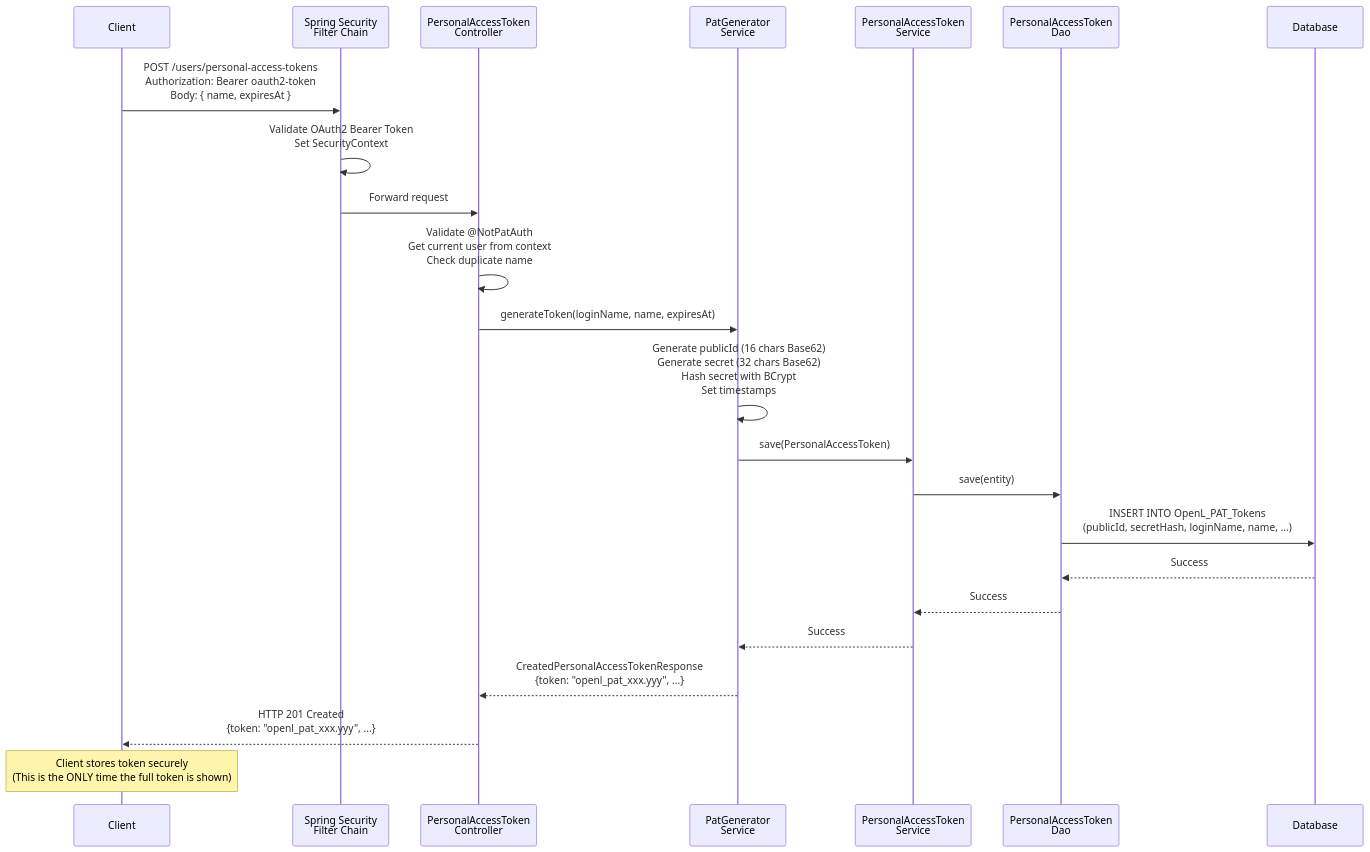
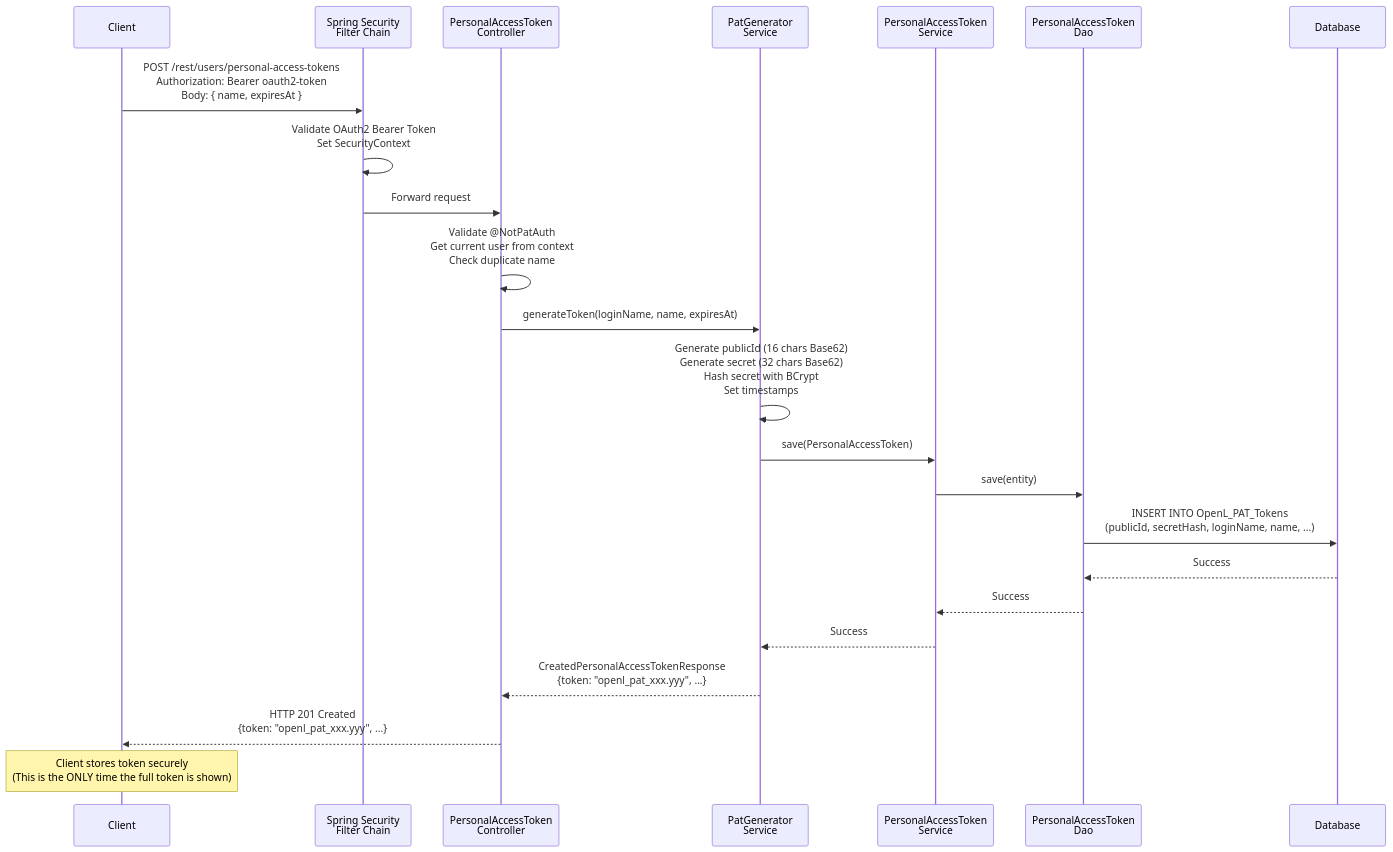
Before and after one commit to blitzy-public-samples/openl-tablets-01: the second of 3 diagrams in Docs/api/personal-access-token-architecture.md, drawn with Mermaid. The commit also changed other lines of this file and 2 other files, not shown here.

First line of the commit message:
V1 V6 V8 Cover the files-route rejections and correct the encryption and PAT architecture docs

````diff
--- a/Docs/api/personal-access-token-architecture.md
+++ b/Docs/api/personal-access-token-architecture.md
@@ -817,31 +821,31 @@
 ```mermaid
 sequenceDiagram
     participant Client
     participant SecurityFilter as Spring Security<br/>Filter Chain
     participant Controller as PersonalAccessToken<br/>Controller
     participant Generator as PatGenerator<br/>Service
     participant CRUDService as PersonalAccessToken<br/>Service
     participant DAO as PersonalAccessToken<br/>Dao
     participant DB as Database
 
-    Client->>SecurityFilter: POST /users/personal-access-tokens<br/>Authorization: Bearer oauth2-token<br/>Body: { name, expiresAt }
+    Client->>SecurityFilter: POST /rest/users/personal-access-tokens<br/>Authorization: Bearer oauth2-token<br/>Body: { name, expiresAt }
     SecurityFilter->>SecurityFilter: Validate OAuth2 Bearer Token<br/>Set SecurityContext
     SecurityFilter->>Controller: Forward request
 
     Controller->>Controller: Validate @NotPatAuth<br/>Get current user from context<br/>Check duplicate name
     Controller->>Generator: generateToken(loginName, name, expiresAt)
 
     Generator->>Generator: Generate publicId (16 chars Base62)<br/>Generate secret (32 chars Base62)<br/>Hash secret with BCrypt<br/>Set timestamps
 
     Generator->>CRUDService: save(PersonalAccessToken)
     CRUDService->>DAO: save(entity)
     DAO->>DB: INSERT INTO OpenL_PAT_Tokens<br/>(publicId, secretHash, loginName, name, ...)
     DB-->>DAO: Success
     DAO-->>CRUDService: Success
     CRUDService-->>Generator: Success
 
     Generator-->>Controller: CreatedPersonalAccessTokenResponse<br/>{token: "openl_pat_xxx.yyy", ...}
     Controller-->>Client: HTTP 201 Created<br/>{token: "openl_pat_xxx.yyy", ...}
 
     Note over Client: Client stores token securely<br/>(This is the ONLY time the full token is shown)
 ```
````
